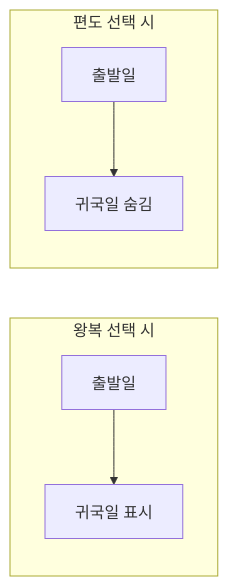
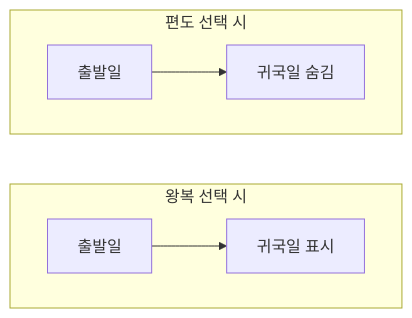
Before and after one commit to BuildingOwner/Trip-Booking-Bot-A2UI: the third of 3 diagrams in docs/SPEC.md, drawn with Mermaid. The commit also changed other lines of this file and 1 other file, not shown here.

````diff
--- a/docs/SPEC.md
+++ b/docs/SPEC.md
@@ -129,10 +136,12 @@
 ```mermaid
 flowchart LR
     subgraph 왕복선택["왕복 선택 시"]
+        direction LR
         A1["출발일"] --> A2["귀국일 표시"]
     end
 
     subgraph 편도선택["편도 선택 시"]
+        direction LR
         B1["출발일"] --> B2["귀국일 숨김"]
     end
 ```
````
